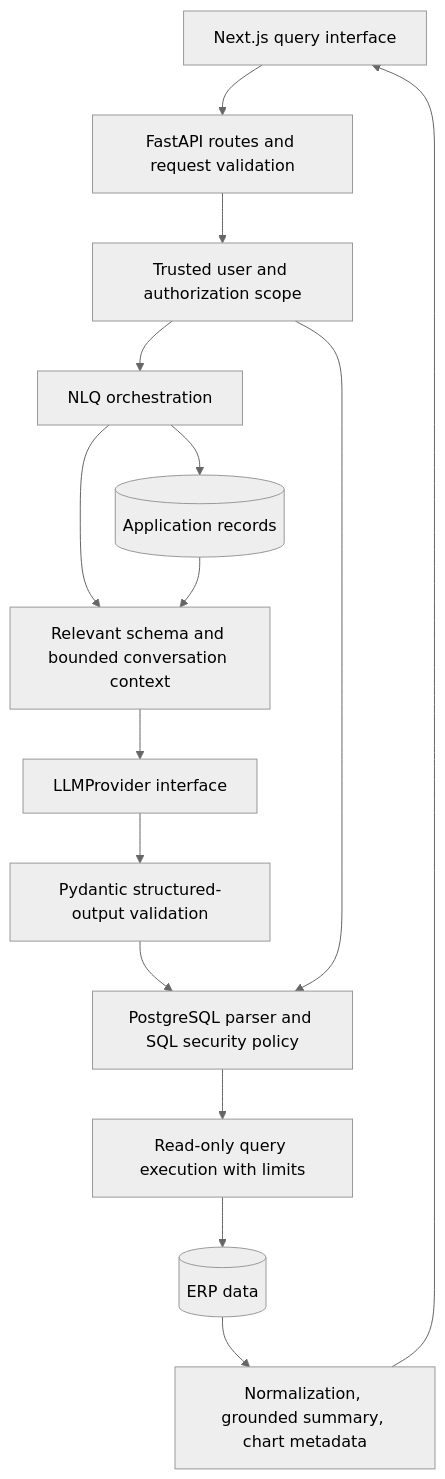
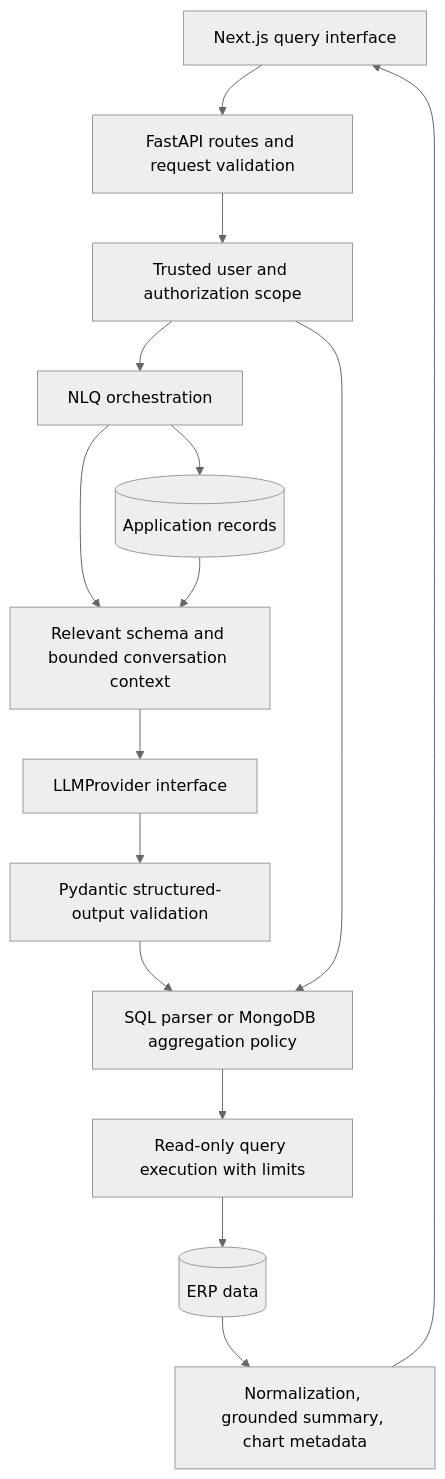
Before and after one commit to askaraligit/NLQ: the second of 2 diagrams in docs/architecture.md, drawn with Mermaid (neutral theme). The commit also changed other lines of this file and 36 other files, not shown here.

````diff
--- a/docs/architecture.md
+++ b/docs/architecture.md
@@ -129,17 +143,17 @@
 ```mermaid
 flowchart TD
     UI[Next.js query interface] --> API[FastAPI routes and request validation]
     API --> Auth[Trusted user and authorization scope]
     Auth --> NLQ[NLQ orchestration]
     NLQ --> Context[Relevant schema and bounded conversation context]
     Context --> Provider[LLMProvider interface]
     Provider --> JSON[Pydantic structured-output validation]
-    JSON --> Policy[PostgreSQL parser and SQL security policy]
+    JSON --> Policy[SQL parser or MongoDB aggregation policy]
     Auth --> Policy
     Policy --> Execute[Read-only query execution with limits]
     Execute --> ERP[(ERP data)]
     ERP --> Results[Normalization, grounded summary, chart metadata]
     Results --> UI
     NLQ --> App[(Application records)]
     App --> Context
 ```
````
